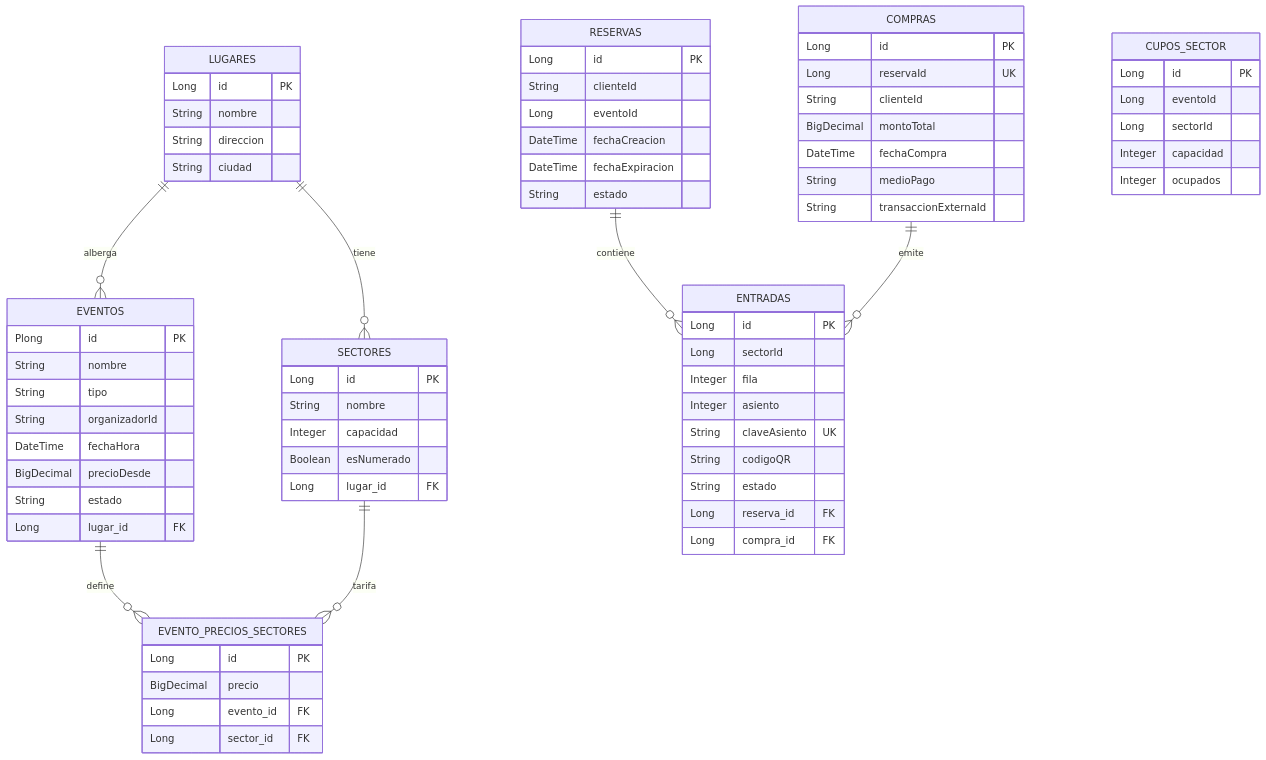
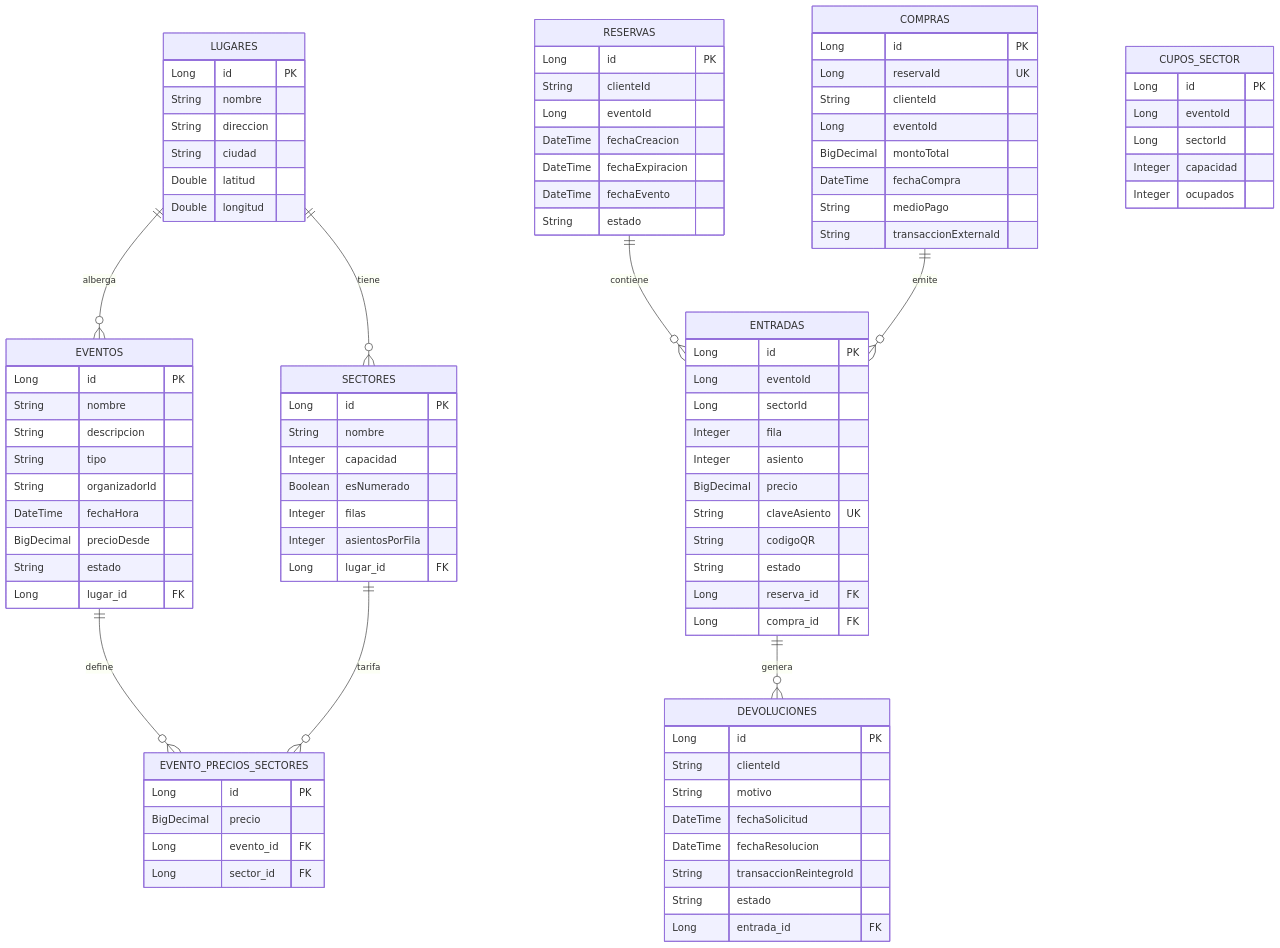
Before and after one commit to BrandonPenna/GrupoArqui: the third of 4 diagrams in docs/arquitectura.md, drawn with Mermaid. The commit also changed other lines of this file and 11 other files, not shown here.

```diff
--- a/docs/arquitectura.md
+++ b/docs/arquitectura.md
@@ -87,6 +88,8 @@
         String nombre
         String direccion
         String ciudad
+        Double latitud
+        Double longitud
     }
 
     SECTORES {
@@ -94,12 +97,15 @@
         String nombre
         Integer capacidad
         Boolean esNumerado
+        Integer filas
+        Integer asientosPorFila
         Long lugar_id FK
     }
 
     EVENTOS {
-        Plong id PK
+        Long id PK
         String nombre
+        String descripcion
         String tipo
         String organizadorId
         DateTime fechaHora
@@ -117,6 +123,7 @@
 
     RESERVAS ||--o{ ENTRADAS : contiene
     COMPRAS ||--o{ ENTRADAS : emite
+    ENTRADAS ||--o{ DEVOLUCIONES : genera
 
     RESERVAS {
         Long id PK
@@ -124,14 +131,17 @@
         Long eventoId
         DateTime fechaCreacion
         DateTime fechaExpiracion
+        DateTime fechaEvento
         String estado
     }
 
     ENTRADAS {
         Long id PK
+        Long eventoId
         Long sectorId
         Integer fila
         Integer asiento
+        BigDecimal precio
         String claveAsiento UK
         String codigoQR
         String estado
@@ -143,10 +153,22 @@
         Long id PK
         Long reservaId UK
         String clienteId
+        Long eventoId
         BigDecimal montoTotal
         DateTime fechaCompra
         String medioPago
         String transaccionExternaId
+    }
+
+    DEVOLUCIONES {
+        Long id PK
+        String clienteId
+        String motivo
+        DateTime fechaSolicitud
+        DateTime fechaResolucion
+        String transaccionReintegroId
+        String estado
+        Long entrada_id FK
     }
 
     CUPOS_SECTOR {
```
